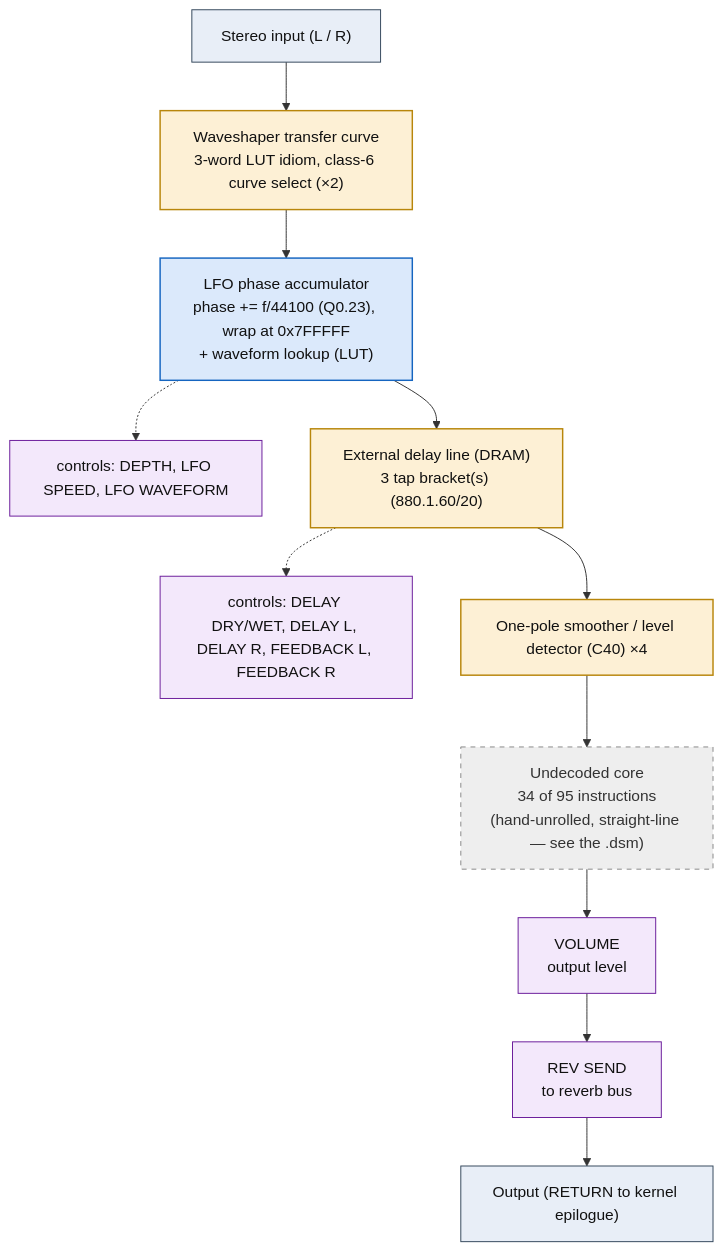
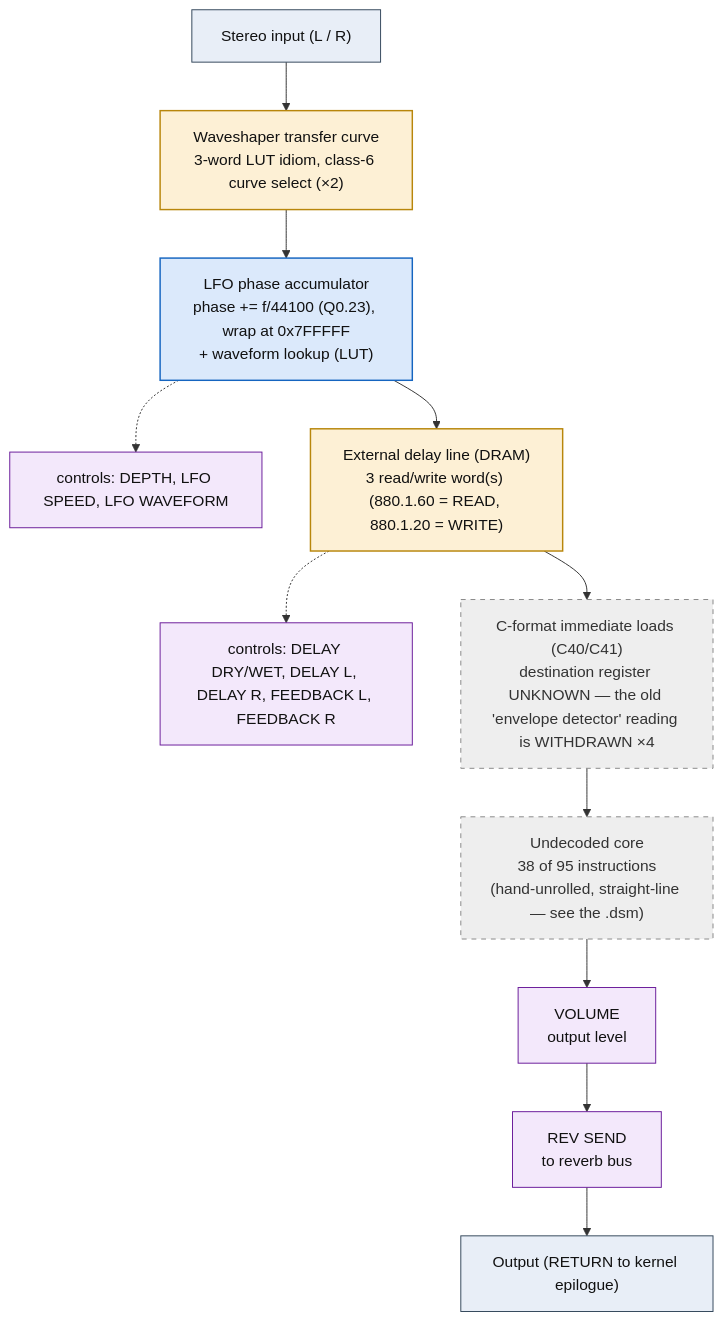
One commit to ArqueologiaDigital/kn5000-roms-disasm changed the diagram in dsp/flowcharts/prog64_s_delay_chorus.md. Above: the diagram before and after it, drawn with Mermaid. The commit also changed other lines of this file and 86 other files, not shown here.

````diff
--- a/dsp/flowcharts/prog64_s_delay_chorus.md
+++ b/dsp/flowcharts/prog64_s_delay_chorus.md
@@ -12,36 +12,36 @@
 ```mermaid
 flowchart TD
     N0["Stereo input (L / R)"]
     N1["Waveshaper transfer curve<br/>3-word LUT idiom, class-6 curve select (&times;2)"]
     N0 --> N1
     N2["LFO phase accumulator<br/>phase += f/44100 (Q0.23), wrap at 0x7FFFFF<br/>+ waveform lookup (LUT)"]
     N1 --> N2
     N3["controls: DEPTH, LFO SPEED, LFO WAVEFORM"]
     N2 -.-> N3
-    N4["External delay line (DRAM)<br/>3 tap bracket(s) (880.1.60/20)"]
+    N4["External delay line (DRAM)<br/>3 read/write word(s) (880.1.60 = READ, 880.1.20 = WRITE)"]
     N2 --> N4
     N5["controls: DELAY DRY/WET, DELAY L, DELAY R, FEEDBACK L, FEEDBACK R"]
     N4 -.-> N5
-    N6["One-pole smoother / level detector (C40) &times;4"]
+    N6["C-format immediate loads (C40/C41)<br/>destination register UNKNOWN &mdash; the old 'envelope detector' reading is WITHDRAWN &times;4"]
     N4 --> N6
-    N7["Undecoded core<br/>34 of 95 instructions<br/>(hand-unrolled, straight-line &mdash; see the .dsm)"]
+    N7["Undecoded core<br/>38 of 95 instructions<br/>(hand-unrolled, straight-line &mdash; see the .dsm)"]
     N6 --> N7
     N8["VOLUME<br/>output level"]
     N7 --> N8
     N9["REV SEND<br/>to reverb bus"]
     N8 --> N9
     N10["Output (RETURN to kernel epilogue)"]
     N9 --> N10
 
     classDef io fill:#e8eef7,stroke:#33475b,stroke-width:1px,color:#111;
     classDef proven fill:#d7f0d7,stroke:#2e7d32,stroke-width:2px,color:#111;
     classDef measured fill:#dbe9fb,stroke:#1565c0,stroke-width:1.5px,color:#111;
     classDef inferred fill:#fdf0d5,stroke:#b8860b,stroke-width:1.5px,color:#111;
     classDef open fill:#eeeeee,stroke:#888,stroke-width:1px,color:#333,stroke-dasharray:5 5;
     classDef ctrl fill:#f3e8fb,stroke:#6a1b9a,stroke-width:1px,color:#111;
     class N0,N10 io;
-    class N1,N4,N6 inferred;
+    class N1,N4 inferred;
     class N2 measured;
     class N3,N5,N8,N9 ctrl;
-    class N7 open;
+    class N6,N7 open;
 ```
````
